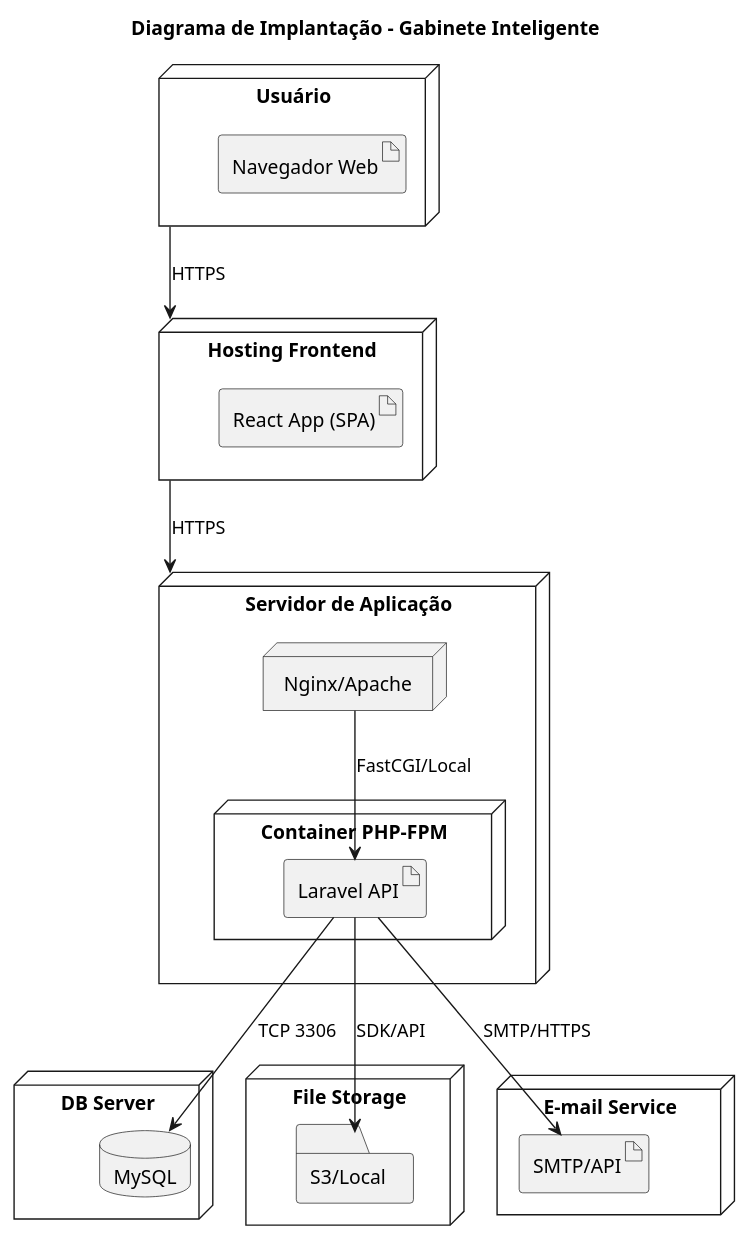
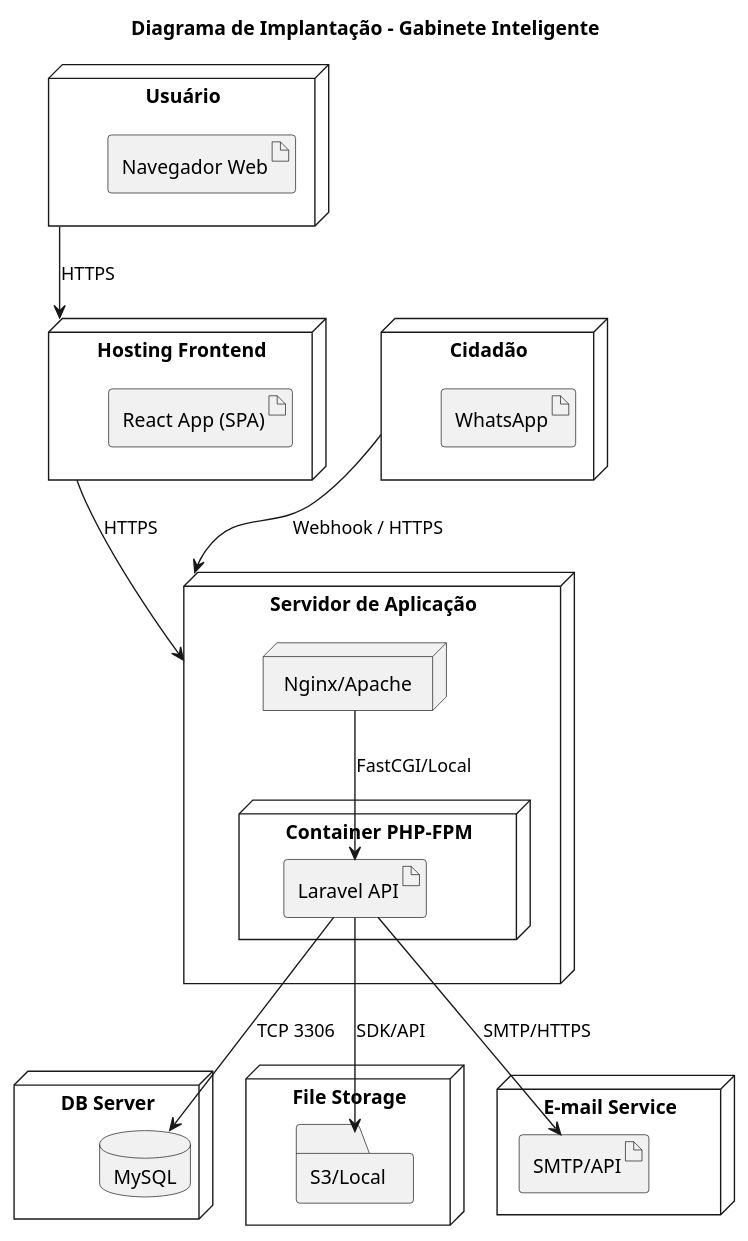
One commit to ICEI-PUC-Minas-PPLES-TI/plf-es-2025-2-tcci-0393100-dev-bernardo-biondini changed the diagram in Artefatos/Componentes e Implantacao/implantacao.puml. Above: the diagram before and after it, drawn with PlantUML. The commit also changed 51 other files, not shown here.

First line of the commit message:
feat: Add chatbot functionality and related diagrams

```diff
--- a/Artefatos/Componentes e Implantacao/implantacao.puml
+++ b/Artefatos/Componentes e Implantacao/implantacao.puml
@@ -2,40 +1,46 @@
 @startuml
 title Diagrama de Implantação - Gabinete Inteligente
 
 skinparam shadowing false
 
 node "Usuário" as User {
   artifact "Navegador Web" as Browser
 }
 
+node "Cidadão" as Cidadao {
+  artifact "WhatsApp" as WhatsApp
+}
+
 node "Hosting Frontend" as FEHost {
   artifact "React App (SPA)" as ReactApp
 }
 
 node "Servidor de Aplicação" as AppSrv {
+  node "Nginx/Apache" as WebSrv
   node "Container PHP-FPM" as PHP {
     artifact "Laravel API" as Laravel
   }
-  node "Nginx/Apache" as WebSrv
 }
 
 node "DB Server" as DBNode {
   database "MySQL" as MySQL
 }
 
 node "File Storage" as FS {
   folder "S3/Local" as S3Local
 }
 
 node "E-mail Service" as Mail {
   artifact "SMTP/API" as SMTP
 }
 
 User -down-> FEHost : HTTPS
 FEHost -down-> AppSrv : HTTPS
+Cidadao -down-> AppSrv : Webhook / HTTPS
+
 WebSrv -down-> Laravel : FastCGI/Local
 Laravel -down-> MySQL : TCP 3306
 Laravel -down-> S3Local : SDK/API
 Laravel -down-> SMTP : SMTP/HTTPS
 
 @enduml
```
